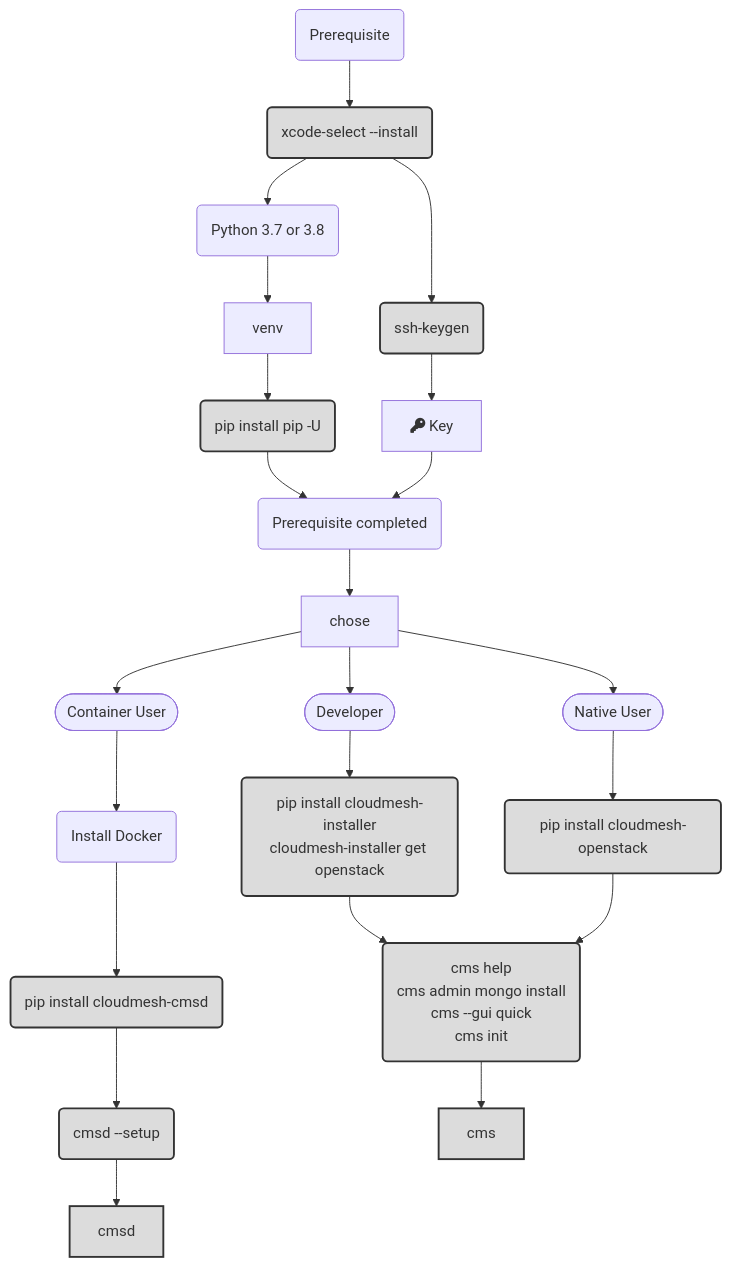
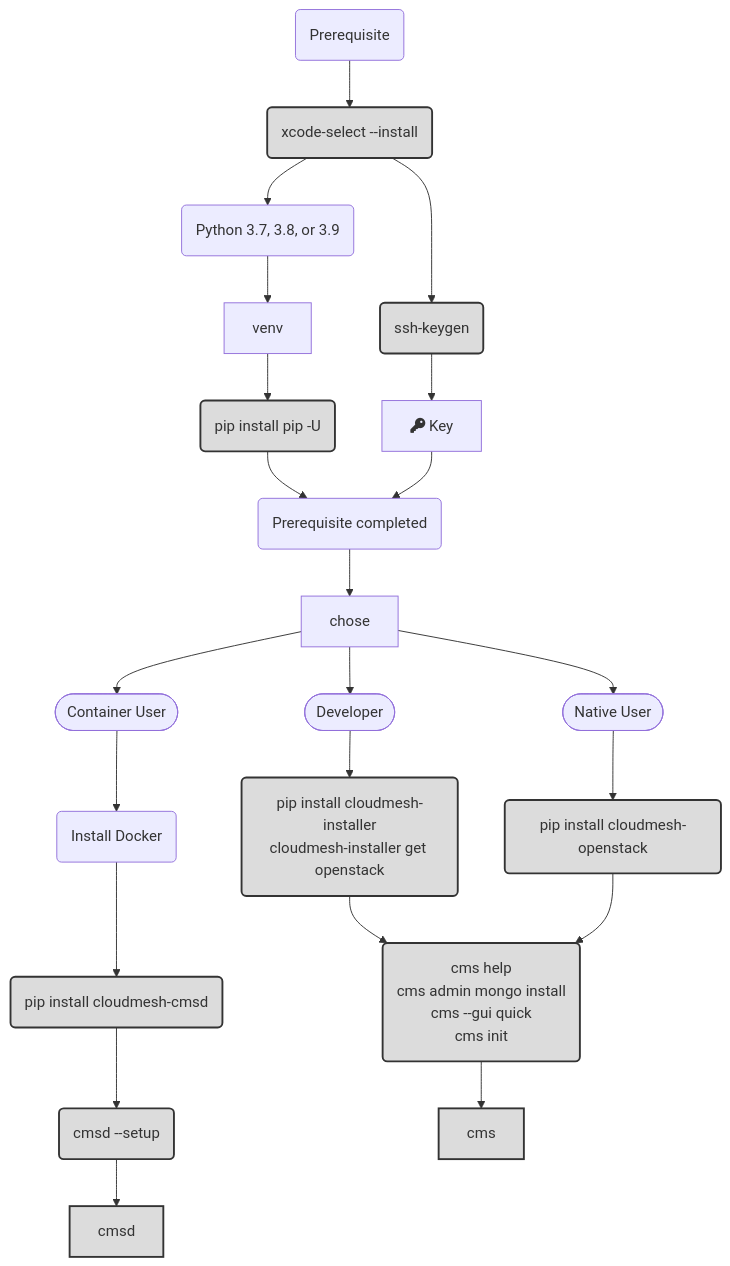
Before and after one commit to cloudmesh/cloudmesh-manual: the diagram in docs-source/source/installation/os/install-macos.rst, drawn with Mermaid. The commit also changed 17 other files, not shown here.

```diff
--- a/docs-source/source/installation/os/install-macos.rst
+++ b/docs-source/source/installation/os/install-macos.rst
@@ -50,40 +50,40 @@
 .. mermaid::
 
    graph TD
       A(Prerequisite) --> xcode(xcode-select --install)
-      xcode --> python(Python 3.7 or 3.8)
+      xcode --> python(Python 3.7, 3.8, or 3.9)
       python --> venv
       venv --> pip(pip install pip -U)
       pip --> install(Prerequisite completed)
       key --> install
       xcode --> keygen(ssh-keygen)
       keygen -->key[fa:fa-key Key]
       install --> chose
 
       chose-->cuser([Container User])
       chose-->nuser([Native User])
       chose-->duser([Developer])
 
       duser-->dev(pip install cloudmesh-installer<br/>cloudmesh-installer get openstack)
       nuser-->user(pip install cloudmesh-openstack)
 
       cuser--> idocker(Install Docker)
       idocker--> container(pip install cloudmesh-cmsd)
       setup(cms help<br/>cms admin mongo install<br/>cms --gui quick<br/>cms init)
       dev-->setup
       user-->setup
       container-->setupd(cmsd --setup)
 
       setup-->cms
       setupd-->cmsd
 
       style xcode fill:gainsboro,stroke:#333,stroke-width:2px
       style keygen fill:gainsboro,stroke:#333,stroke-width:2px
       style dev fill:gainsboro,stroke:#333,stroke-width:2px
       style user fill:gainsboro,stroke:#333,stroke-width:2px
       style container fill:gainsboro,stroke:#333,stroke-width:2px
       style setup fill:gainsboro,stroke:#333,stroke-width:2px
       style setupd fill:gainsboro,stroke:#333,stroke-width:2px
       style cms fill:gainsboro,stroke:#333,stroke-width:2px
       style cmsd fill:gainsboro,stroke:#333,stroke-width:2px
       style pip fill:gainsboro,stroke:#333,stroke-width:2px
```
